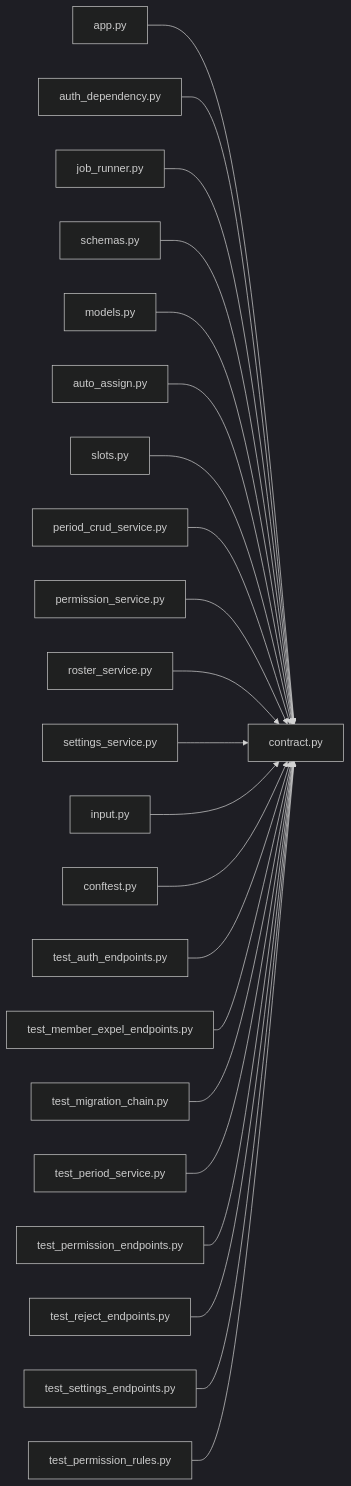
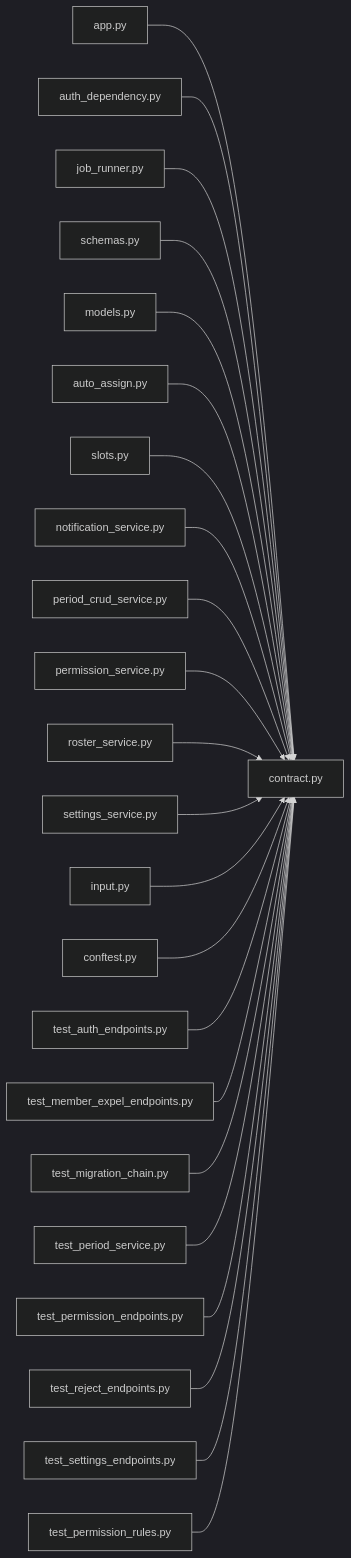
One commit to minkong-dev/Banblit changed the diagram in .cluedoc/graph/backend/src/backend/contract.md. Above: the diagram before and after it, drawn with Mermaid (dark theme). The commit also changed other lines of this file and 35 other files, not shown here.

````diff
--- a/.cluedoc/graph/backend/src/backend/contract.md
+++ b/.cluedoc/graph/backend/src/backend/contract.md
@@ -10,25 +10,26 @@
 ```mermaid
 flowchart LR
   backend_src_backend_contract["contract.py"]
   backend_src_backend_api_app["app.py"] --> backend_src_backend_contract
   backend_src_backend_api_auth_dependency["auth_dependency.py"] --> backend_src_backend_contract
   backend_src_backend_api_job_runner["job_runner.py"] --> backend_src_backend_contract
   backend_src_backend_api_schemas["schemas.py"] --> backend_src_backend_contract
   backend_src_backend_db_models["models.py"] --> backend_src_backend_contract
   backend_src_backend_jobs_auto_assign["auto_assign.py"] --> backend_src_backend_contract
   backend_src_backend_scheduling_slots["slots.py"] --> backend_src_backend_contract
+  backend_src_backend_services_notification_notification_service["notification_service.py"] --> backend_src_backend_contract
   backend_src_backend_services_period_period_crud_service["period_crud_service.py"] --> backend_src_backend_contract
   backend_src_backend_services_permission_permission_service["permission_service.py"] --> backend_src_backend_contract
   backend_src_backend_services_roster_roster_service["roster_service.py"] --> backend_src_backend_contract
   backend_src_backend_services_settings_settings_service["settings_service.py"] --> backend_src_backend_contract
   backend_src_backend_services_validation_input["input.py"] --> backend_src_backend_contract
   backend_tests_conftest["conftest.py"] --> backend_src_backend_contract
   backend_tests_integration_db_test_auth_endpoints["test_auth_endpoints.py"] --> backend_src_backend_contract
   backend_tests_integration_db_test_member_expel_endpoints["test_member_expel_endpoints.py"] --> backend_src_backend_contract
   backend_tests_integration_db_test_migration_chain["test_migration_chain.py"] --> backend_src_backend_contract
   backend_tests_integration_db_test_period_service["test_period_service.py"] --> backend_src_backend_contract
   backend_tests_integration_db_test_permission_endpoints["test_permission_endpoints.py"] --> backend_src_backend_contract
   backend_tests_integration_db_test_reject_endpoints["test_reject_endpoints.py"] --> backend_src_backend_contract
   backend_tests_integration_db_test_settings_endpoints["test_settings_endpoints.py"] --> backend_src_backend_contract
   backend_tests_unit_test_permission_rules["test_permission_rules.py"] --> backend_src_backend_contract
 ```
````
